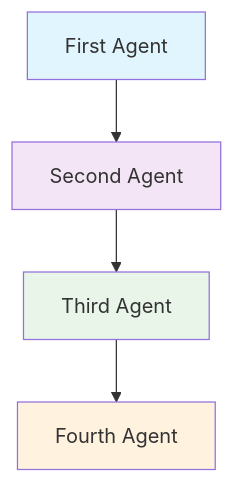
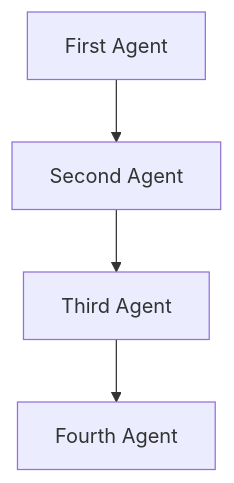
Before and after one commit to kyegomez/swarms: the diagram in docs/swarms/structs/sequential_workflow.md, drawn with Mermaid. The commit also changed 3 other files, not shown here.

````diff
--- a/docs/swarms/structs/sequential_workflow.md
+++ b/docs/swarms/structs/sequential_workflow.md
@@ -12,11 +12,7 @@
 ```mermaid
 graph TD
     A[First Agent] --> B[Second Agent]
     B --> C[Third Agent]
     C --> D[Fourth Agent]
 
-    style A fill:#e1f5fe
-    style B fill:#f3e5f5
-    style C fill:#e8f5e8
-    style D fill:#fff3e0
 ```
````
